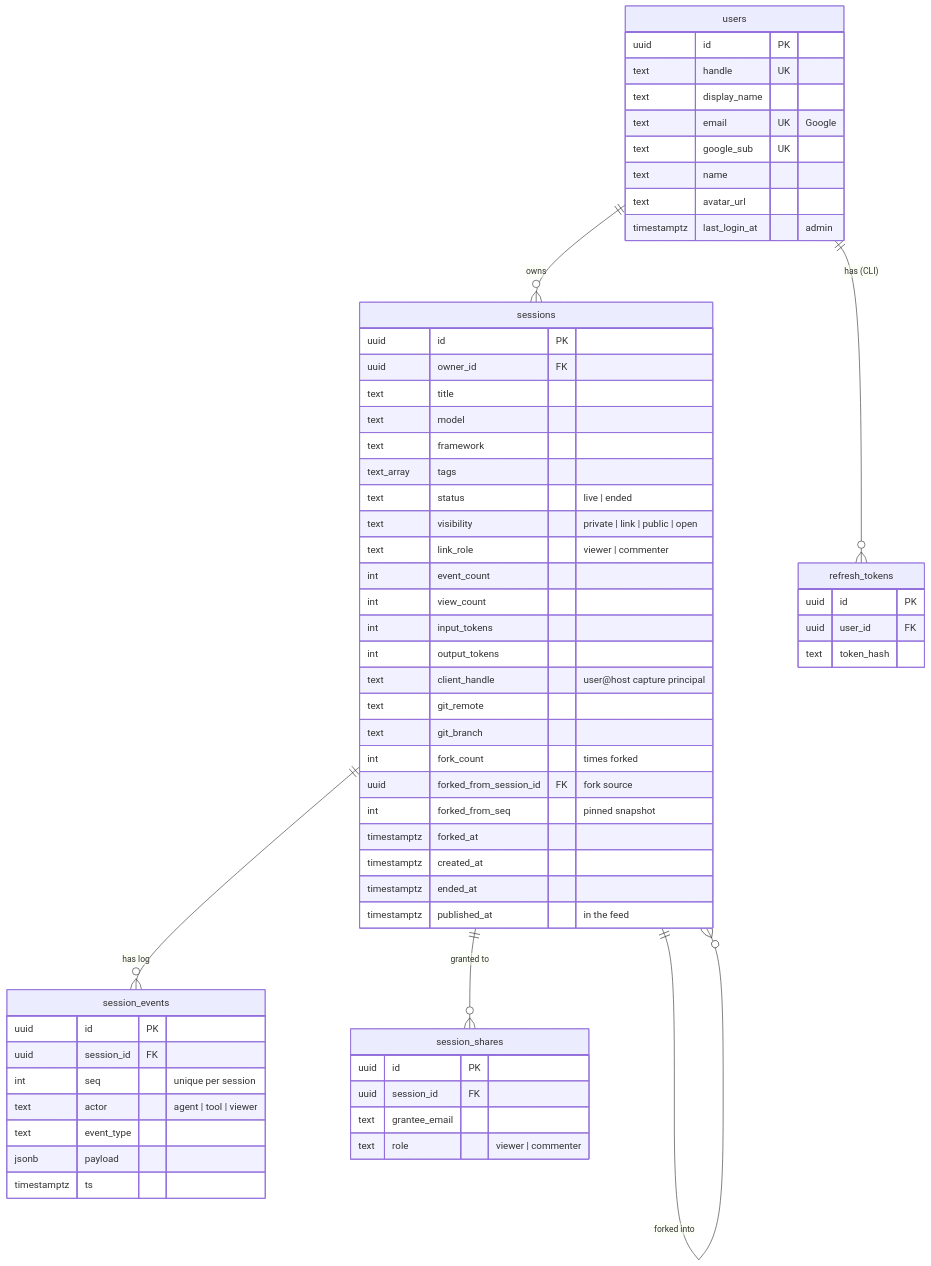
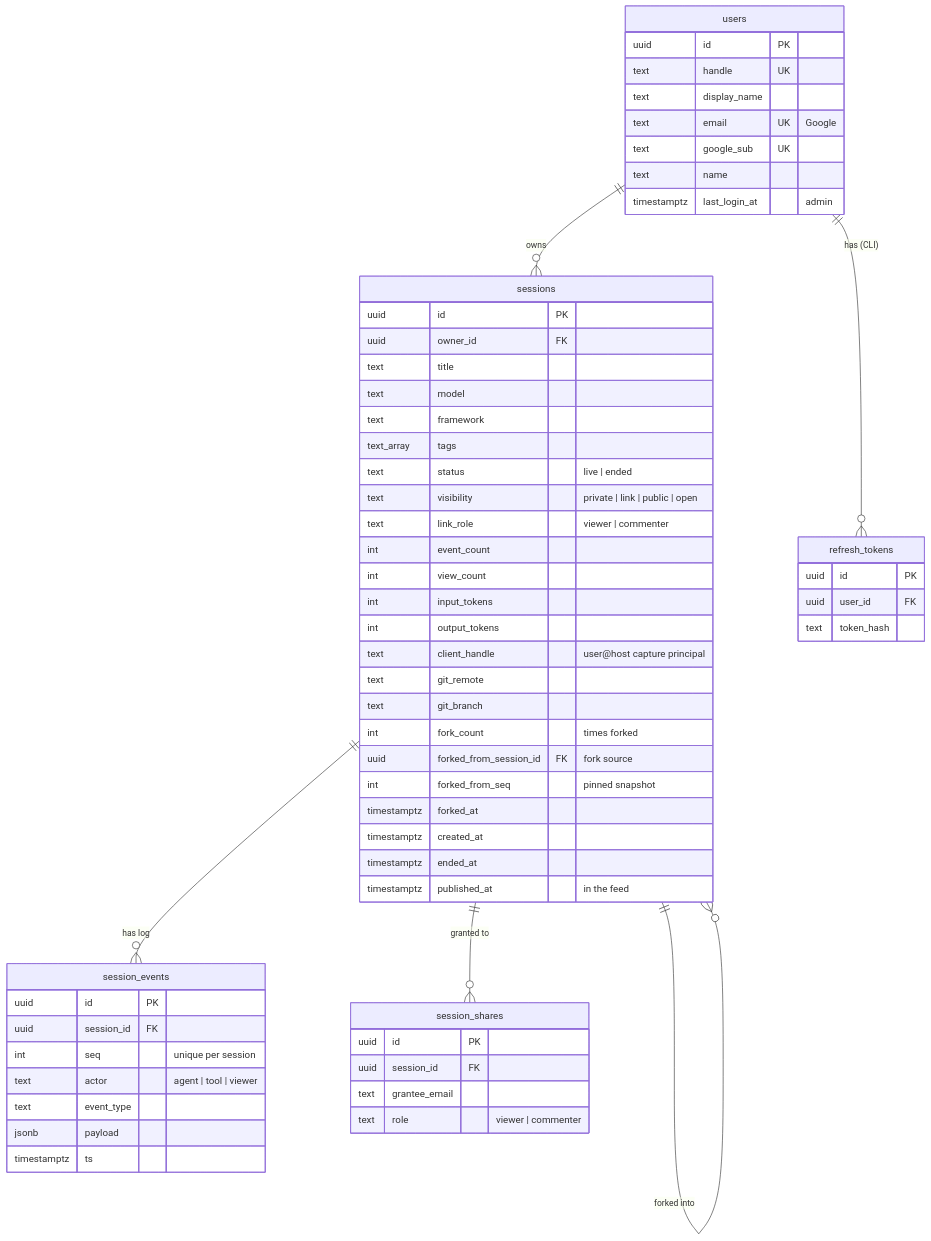
One commit to liveshortly/liveshortly-server changed the fifth of 5 diagrams in README.md. Above: the diagram before and after it, drawn with Mermaid. The commit also changed 31 other files, not shown here.

````diff
--- a/README.md
+++ b/README.md
@@ -359,64 +359,63 @@
 ```mermaid
 erDiagram
   users ||--o{ sessions : owns
   users ||--o{ refresh_tokens : "has (CLI)"
   sessions ||--o{ session_events : "has log"
   sessions ||--o{ session_shares : "granted to"
   sessions ||--o{ sessions : "forked into"
 
   users {
     uuid id PK
     text handle UK
     text display_name
     text email UK "Google"
     text google_sub UK
     text name
-    text avatar_url
     timestamptz last_login_at "admin"
   }
   sessions {
     uuid id PK
     uuid owner_id FK
     text title
     text model
     text framework
     text_array tags
     text status "live | ended"
     text visibility "private | link | public | open"
     text link_role "viewer | commenter"
     int event_count
     int view_count
     int input_tokens
     int output_tokens
     text client_handle "user@host capture principal"
     text git_remote
     text git_branch
     int fork_count "times forked"
     uuid forked_from_session_id FK "fork source"
     int forked_from_seq "pinned snapshot"
     timestamptz forked_at
     timestamptz created_at
     timestamptz ended_at
     timestamptz published_at "in the feed"
   }
   session_events {
     uuid id PK
     uuid session_id FK
     int seq "unique per session"
     text actor "agent | tool | viewer"
     text event_type
     jsonb payload
     timestamptz ts
   }
   session_shares {
     uuid id PK
     uuid session_id FK
     text grantee_email
     text role "viewer | commenter"
   }
   refresh_tokens {
     uuid id PK
     uuid user_id FK
     text token_hash
   }
 ```
````
